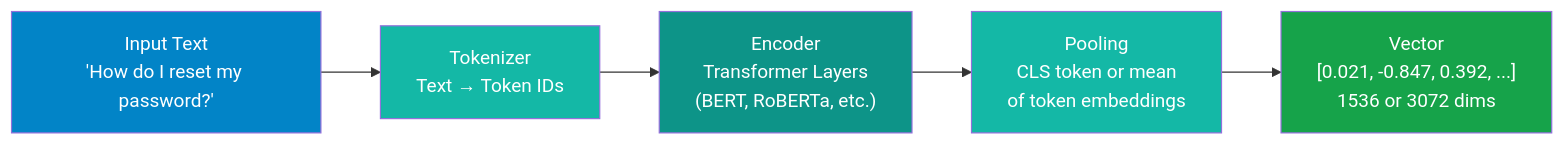
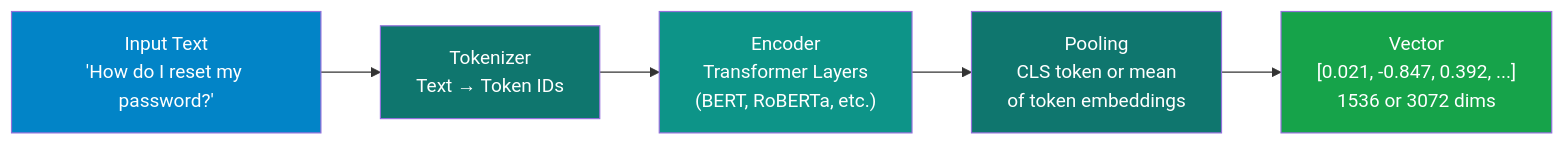
Before and after one commit to nitin27may/ai-resources: the diagram in docs/rag/embeddings.md, drawn with Mermaid. The commit also changed other lines of this file and 84 other files, not shown here.

````diff
--- a/docs/rag/embeddings.md
+++ b/docs/rag/embeddings.md
@@ -39,14 +46,14 @@
 ```mermaid
 flowchart LR
-    T["Input Text\n'How do I reset my password?'"]
-    --> TK["Tokenizer\nText → Token IDs"]
-    --> EN["Encoder\nTransformer Layers\n(BERT, RoBERTa, etc.)"]
-    --> PL["Pooling\nCLS token or mean\nof token embeddings"]
-    --> VE["Vector\n[0.021, -0.847, 0.392, ...]\n1536 or 3072 dims"]
+    T["Input Text<br/>'How do I reset my password?'"]
+    --> TK["Tokenizer<br/>Text → Token IDs"]
+    --> EN["Encoder<br/>Transformer Layers<br/>(BERT, RoBERTa, etc.)"]
+    --> PL["Pooling<br/>CLS token or mean<br/>of token embeddings"]
+    --> VE["Vector<br/>[0.021, -0.847, 0.392, ...]<br/>1536 or 3072 dims"]
 
     style T fill:#0284c7,color:#fff
-    style TK fill:#14b8a6,color:#fff
+    style TK fill:#0f766e,color:#fff
     style EN fill:#0d9488,color:#fff
-    style PL fill:#14b8a6,color:#fff
+    style PL fill:#0f766e,color:#fff
     style VE fill:#16a34a,color:#fff
 ```
````
